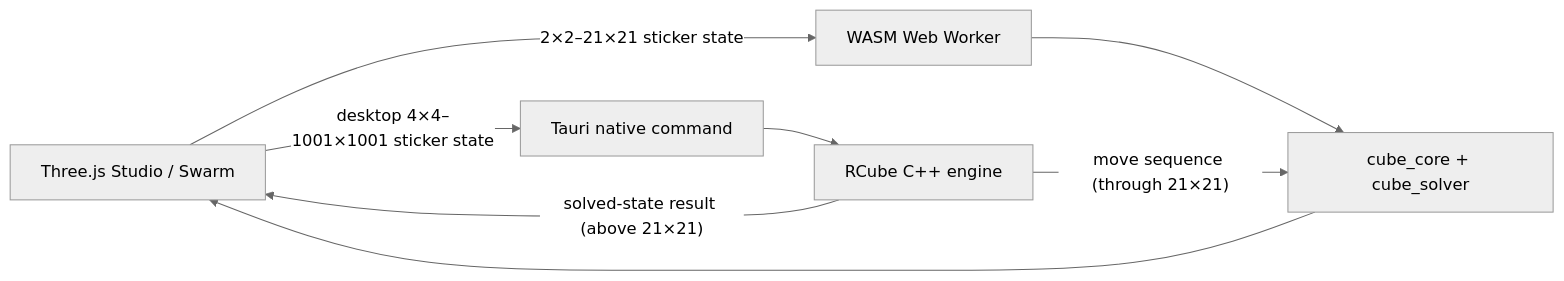
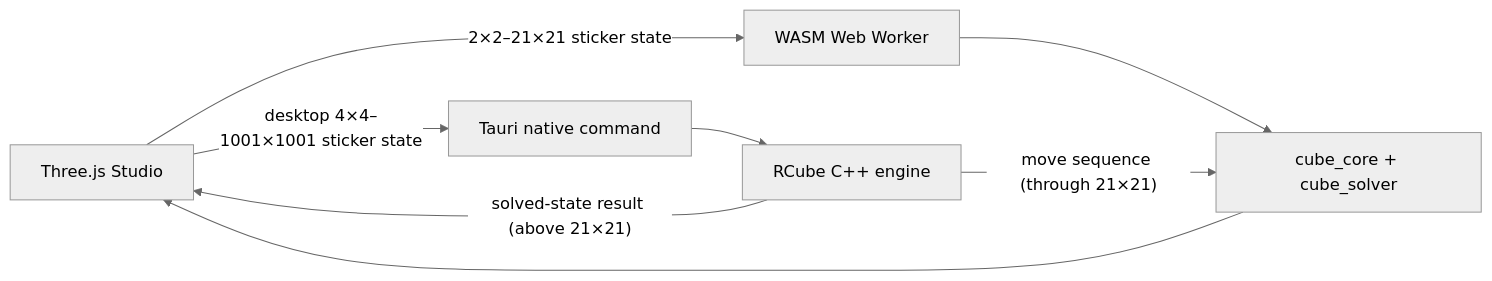
Before and after one commit to evaarnas/Solvaus-hybridi: the diagram in README.md, drawn with Mermaid (neutral theme). The commit also changed other lines of this file and 9 other files, not shown here.

````diff
--- a/README.md
+++ b/README.md
@@ -150,10 +141,10 @@
 ```mermaid
 flowchart LR
-    UI[Three.js Studio / Swarm] -->|2×2–21×21 sticker state| Worker[WASM Web Worker]
+    UI[Three.js Studio] -->|2×2–21×21 sticker state| Worker[WASM Web Worker]
     UI -->|desktop 4×4–1001×1001 sticker state| Tauri[Tauri native command]
     Worker --> Core[cube_core + cube_solver]
     Tauri --> RCube[RCube C++ engine]
     RCube -->|"move sequence (through 21×21)"| Core
     RCube -->|"solved-state result (above 21×21)"| UI
     Core --> UI
 ```
````
